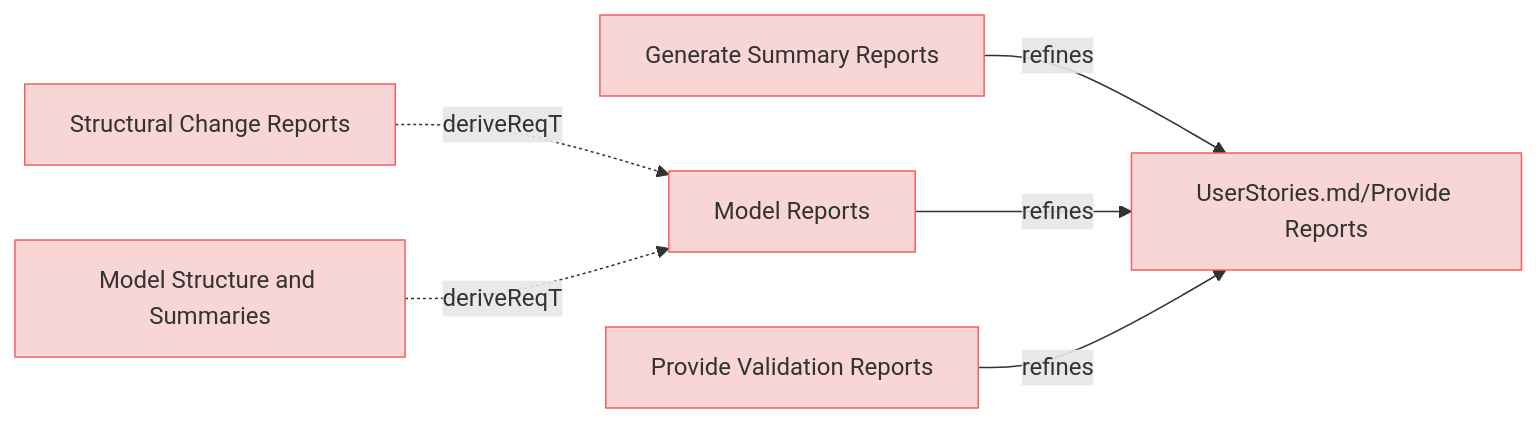
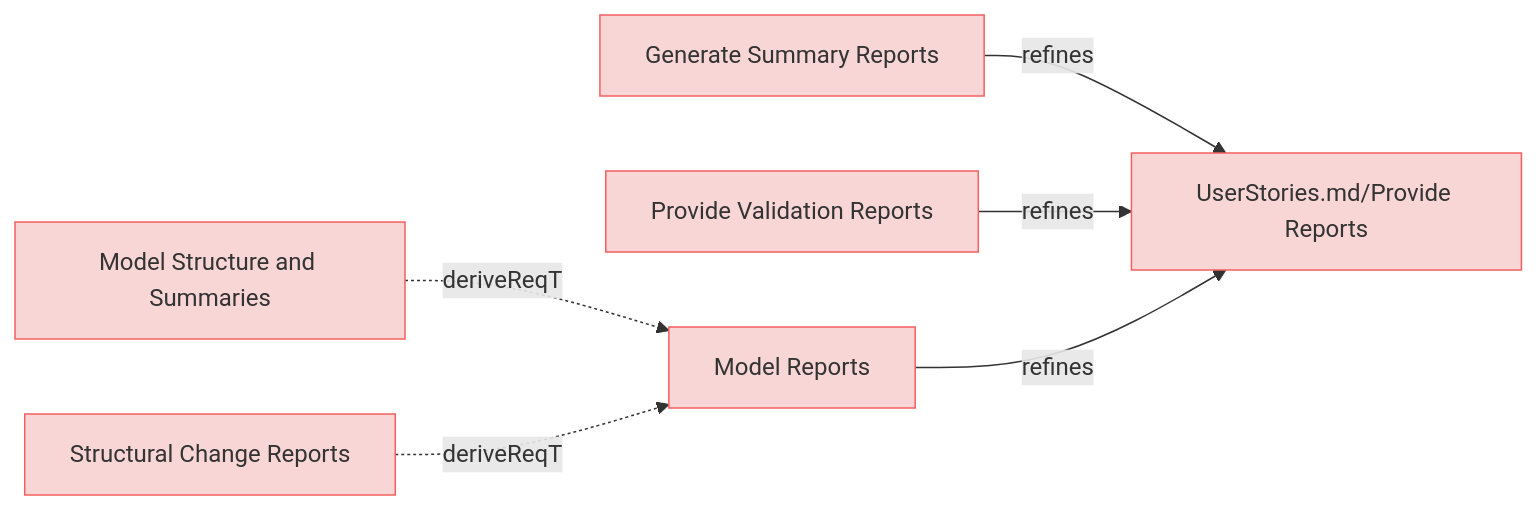
Before and after one commit to reqvire-org/reqvire: the fifth of 8 diagrams in specifications/UserRequirements.md, drawn with Mermaid. The commit also changed other lines of this file and 44 other files, not shown here.

Commit message:
Diagrams bug fixes. Test improvements.

````diff
--- a/specifications/UserRequirements.md
+++ b/specifications/UserRequirements.md
@@ -322,32 +322,32 @@
 ```mermaid
 graph LR;
   %% Graph styling
   classDef requirement fill:#f9d6d6,stroke:#f55f5f,stroke-width:1px;
   classDef verification fill:#d6f9d6,stroke:#5fd75f,stroke-width:1px;
   classDef externalLink fill:#d0e0ff,stroke:#3080ff,stroke-width:1px;
   classDef default fill:#f5f5f5,stroke:#333333,stroke-width:1px;
 
   b5c9876f83e7d0ce["Generate Summary Reports"];
-  click b5c9876f83e7d0ce "specifications/UserRequirements.md#generate-summary-reports#generate-summary-reports";
   class b5c9876f83e7d0ce requirement;
+  click b5c9876f83e7d0ce "UserRequirements.md#generate-summary-reports";
   91a0adb0b4d959c4["UserStories.md/Provide Reports"];
   class 91a0adb0b4d959c4 requirement;
-  click 91a0adb0b4d959c4 "specifications/UserStories.md#provide-reports#provide-reports";
+  click 91a0adb0b4d959c4 "UserStories.md#provide-reports";
   b5c9876f83e7d0ce -->|refines| 91a0adb0b4d959c4;
-  1908501a80db5c46["Structural Change Reports"];
-  click 1908501a80db5c46 "specifications/UserRequirements.md#structural-change-reports#structural-change-reports";
-  class 1908501a80db5c46 requirement;
+  ad6f7a2d41d80a38["Model Structure and Summaries"];
+  class ad6f7a2d41d80a38 requirement;
+  click ad6f7a2d41d80a38 "UserRequirements.md#model-structure-and-summaries";
   70701096d332c0b2["Model Reports"];
   class 70701096d332c0b2 requirement;
-  click 70701096d332c0b2 "specifications/UserRequirements.md#model-reports#model-reports";
-  1908501a80db5c46 -.->|deriveReqT| 70701096d332c0b2;
-  70701096d332c0b2 -->|refines| 91a0adb0b4d959c4;
-  ad6f7a2d41d80a38["Model Structure and Summaries"];
-  click ad6f7a2d41d80a38 "specifications/UserRequirements.md#model-structure-and-summaries#model-structure-and-summaries";
-  class ad6f7a2d41d80a38 requirement;
+  click 70701096d332c0b2 "UserRequirements.md#model-reports";
   ad6f7a2d41d80a38 -.->|deriveReqT| 70701096d332c0b2;
   ed31b6bed1cde2f8["Provide Validation Reports"];
-  click ed31b6bed1cde2f8 "specifications/UserRequirements.md#provide-validation-reports#provide-validation-reports";
   class ed31b6bed1cde2f8 requirement;
+  click ed31b6bed1cde2f8 "UserRequirements.md#provide-validation-reports";
   ed31b6bed1cde2f8 -->|refines| 91a0adb0b4d959c4;
+  70701096d332c0b2 -->|refines| 91a0adb0b4d959c4;
+  1908501a80db5c46["Structural Change Reports"];
+  class 1908501a80db5c46 requirement;
+  click 1908501a80db5c46 "UserRequirements.md#structural-change-reports";
+  1908501a80db5c46 -.->|deriveReqT| 70701096d332c0b2;
 ```
````
